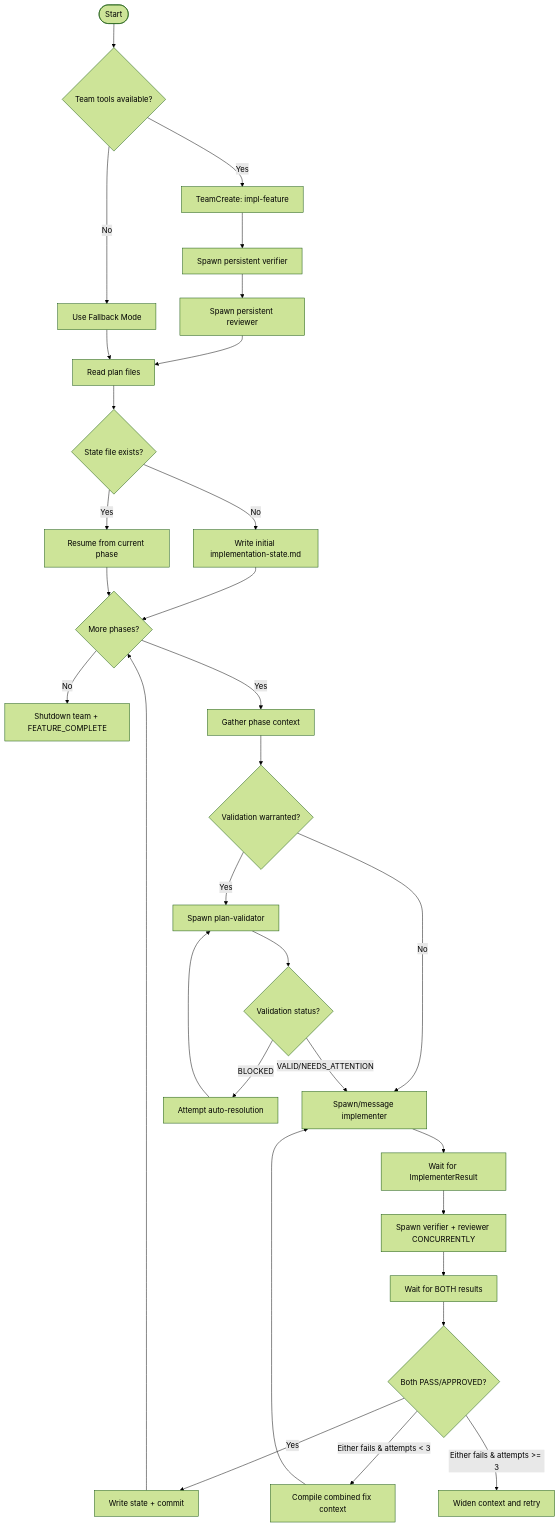
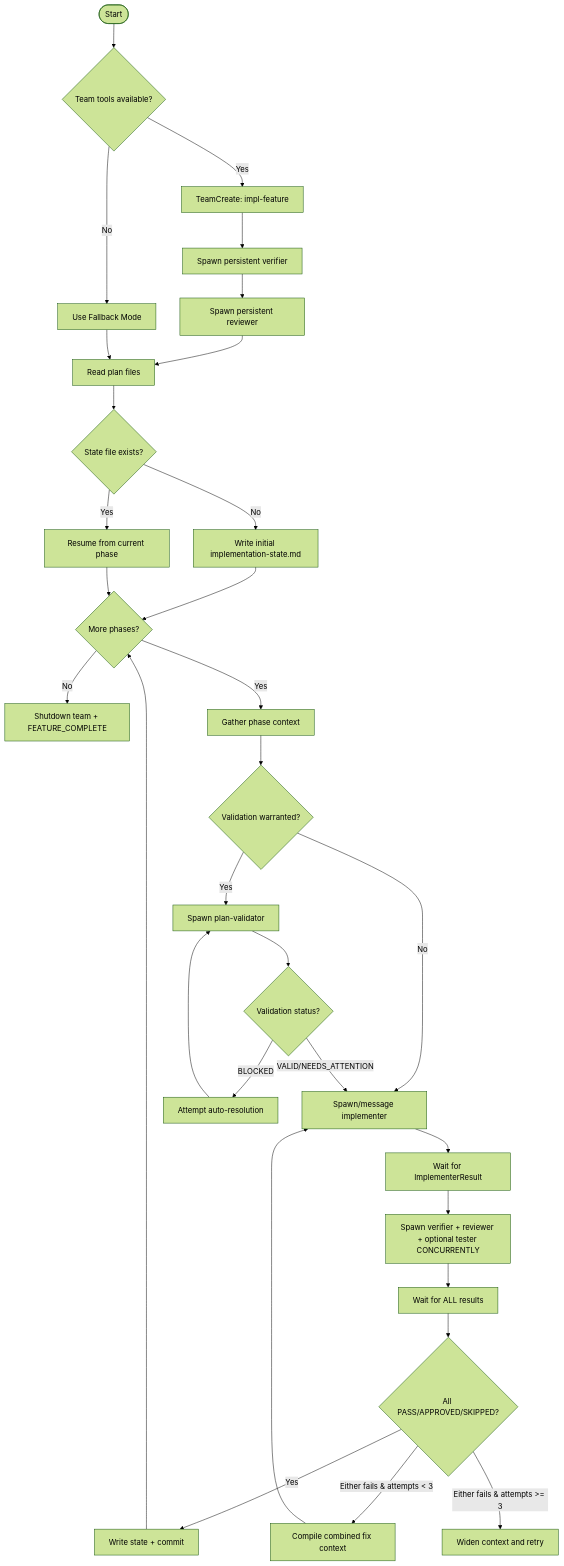
Before and after one commit to ctdio/dotfiles: the diagram in agents/skills/ctdio-feature-implementation/SKILL.md, drawn with Mermaid (forest theme). The commit also changed other lines of this file and 7 other files, not shown here.

````diff
--- a/agents/skills/ctdio-feature-implementation/SKILL.md
+++ b/agents/skills/ctdio-feature-implementation/SKILL.md
@@ -150,43 +156,43 @@
 ```mermaid
 flowchart TD
     START([Start]) --> DETECT{Team tools available?}
     DETECT -->|Yes| TEAM_CREATE[TeamCreate: impl-feature]
     DETECT -->|No| FALLBACK_INIT[Use Fallback Mode]
 
     TEAM_CREATE --> SPAWN_V[Spawn persistent verifier]
     SPAWN_V --> SPAWN_R[Spawn persistent reviewer]
     SPAWN_R --> READ_PLAN[Read plan files]
 
     FALLBACK_INIT --> READ_PLAN
 
     READ_PLAN --> INIT{State file exists?}
     INIT -->|No| WRITE_STATE[Write initial implementation-state.md]
     WRITE_STATE --> PHASE_LOOP
     INIT -->|Yes| RESUME[Resume from current phase]
     RESUME --> PHASE_LOOP
 
     PHASE_LOOP{More phases?} -->|No| SHUTDOWN[Shutdown team + FEATURE_COMPLETE]
     PHASE_LOOP -->|Yes| GATHER[Gather phase context]
 
     GATHER --> VALIDATE_CHECK{Validation warranted?}
     VALIDATE_CHECK -->|No| IMPL[Spawn/message implementer]
     VALIDATE_CHECK -->|Yes| VALIDATE[Spawn plan-validator]
     VALIDATE --> VALIDATE_RESULT{Validation status?}
     VALIDATE_RESULT -->|BLOCKED| AUTO_FIX[Attempt auto-resolution]
     AUTO_FIX --> VALIDATE
     VALIDATE_RESULT -->|VALID/NEEDS_ATTENTION| IMPL
 
     IMPL --> WAIT_IMPL[Wait for ImplementerResult]
-    WAIT_IMPL --> CONCURRENT[Spawn verifier + reviewer CONCURRENTLY]
+    WAIT_IMPL --> CONCURRENT[Spawn verifier + reviewer + optional tester CONCURRENTLY]
 
-    CONCURRENT --> WAIT_BOTH[Wait for BOTH results]
-    WAIT_BOTH --> CHECK{Both PASS/APPROVED?}
+    CONCURRENT --> WAIT_BOTH[Wait for ALL results]
+    WAIT_BOTH --> CHECK{All PASS/APPROVED/SKIPPED?}
 
     CHECK -->|Yes| STATE[Write state + commit]
     STATE --> PHASE_LOOP
 
     CHECK -->|Either fails & attempts < 3| FIX[Compile combined fix context]
     FIX --> IMPL
 
     CHECK -->|Either fails & attempts >= 3| ESCALATE[Widen context and retry]
 ```
````
